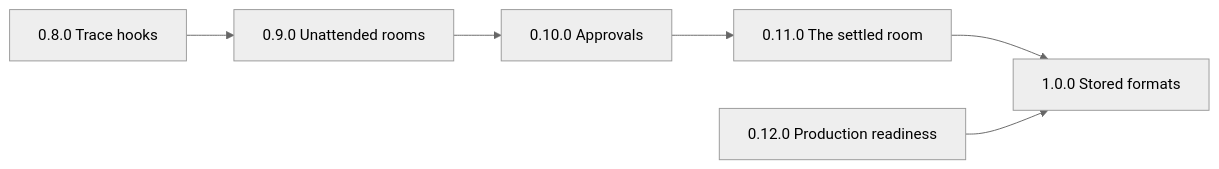
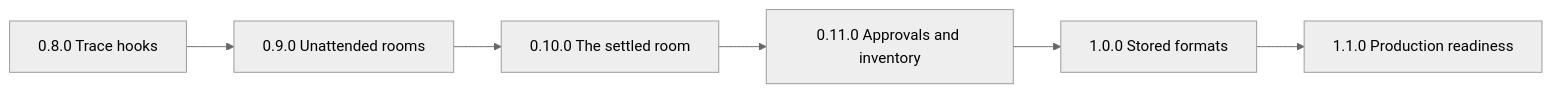
One commit to ambionframework/ambion changed the diagram in planning/1.0.0.md. Above: the diagram before and after it, drawn with Mermaid (neutral theme). The commit also changed other lines of this file and 8 other files, not shown here.

````diff
--- a/planning/1.0.0.md
+++ b/planning/1.0.0.md
@@ -38,8 +39,8 @@
 ```mermaid
 flowchart LR
   R8[0.8.0 Trace hooks] --> R9[0.9.0 Unattended rooms]
-  R9 --> R10[0.10.0 Approvals]
-  R10 --> R11[0.11.0 The settled room]
+  R9 --> R10[0.10.0 The settled room]
+  R10 --> R11[0.11.0 Approvals and inventory]
   R11 --> R1[1.0.0 Stored formats]
-  R12[0.12.0 Production readiness] --> R1
+  R1 --> R111[1.1.0 Production readiness]
 ```
````
